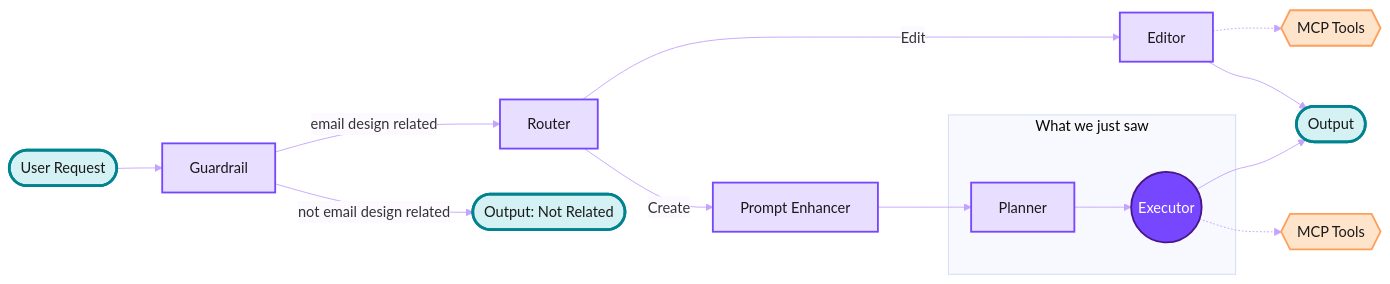
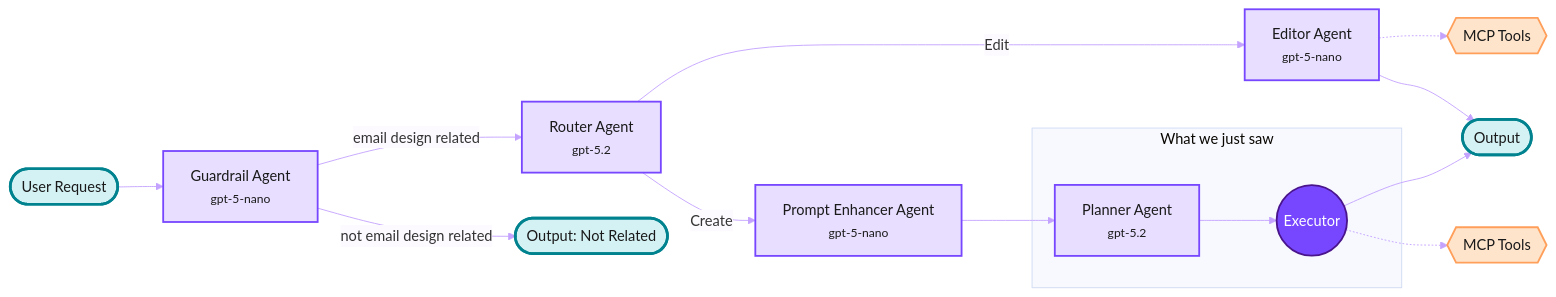
Before and after one commit to pinkynrg/agent-presentation: the diagram in slides.md, drawn with Mermaid.

Commit message:
fix: add LLM model name

````diff
--- a/slides.md
+++ b/slides.md
@@ -241,36 +241,36 @@
 ```mermaid
 ---
 config:
   securityLevel: 'loose'
   theme: 'base'
   themeVariables:
     lineColor: '#C4A3FF'
     edgeLabelBackground: '#fcf9ff'
 ---
 graph LR
-    U([User Request]) --> A[Guardrail]
-    A -->|email design related| B[Router]
+    U([User Request]) --> A["Guardrail Agent<br/><small>gpt-5-nano</small>"]
+    A -->|email design related| B["Router Agent<br/><small>gpt-5.2</small>"]
     A -->|not email design related| Z([Output: Not Related])
-    B -->|Edit| C[Editor]
-    B -->|Create| D[Prompt Enhancer]
-      D --> E[Planner]
+    B -->|Edit| C["Editor Agent<br/><small>gpt-5-nano</small>"]
+    B -->|Create| D["Prompt Enhancer Agent<br/><small>gpt-5-nano</small>"]
+      D --> E["Planner Agent<br/><small>gpt-5.2</small>"]
     subgraph What we just saw
       E --> F((Executor))
     end
     C -.-> H1{{MCP Tools}}
     F -.-> H2{{MCP Tools}}
     C --> O([Output])
     F --> O
     
     style U fill:#D4F1F4,stroke:#00838F,stroke-width:3px,color:#1a1a1a
     style O fill:#D4F1F4,stroke:#00838F,stroke-width:3px,color:#1a1a1a
     style Z fill:#D4F1F4,stroke:#00838F,stroke-width:3px,color:#1a1a1a
     style A fill:#E8DEFF,stroke:#7747ff,stroke-width:2px,color:#1a1a1a
     style B fill:#E8DEFF,stroke:#7747ff,stroke-width:2px,color:#1a1a1a
     style C fill:#E8DEFF,stroke:#7747ff,stroke-width:2px,color:#1a1a1a
     style D fill:#E8DEFF,stroke:#7747ff,stroke-width:2px,color:#1a1a1a
     style E fill:#E8DEFF,stroke:#7747ff,stroke-width:2px,color:#1a1a1a
     style F fill:#7747ff,stroke:#4A148C,stroke-width:2px,color:#fff
     style H1 fill:#FFE4CC,stroke:#FF9F5A,stroke-width:2px,color:#1a1a1a
     style H2 fill:#FFE4CC,stroke:#FF9F5A,stroke-width:2px,color:#1a1a1a
 ```
````
